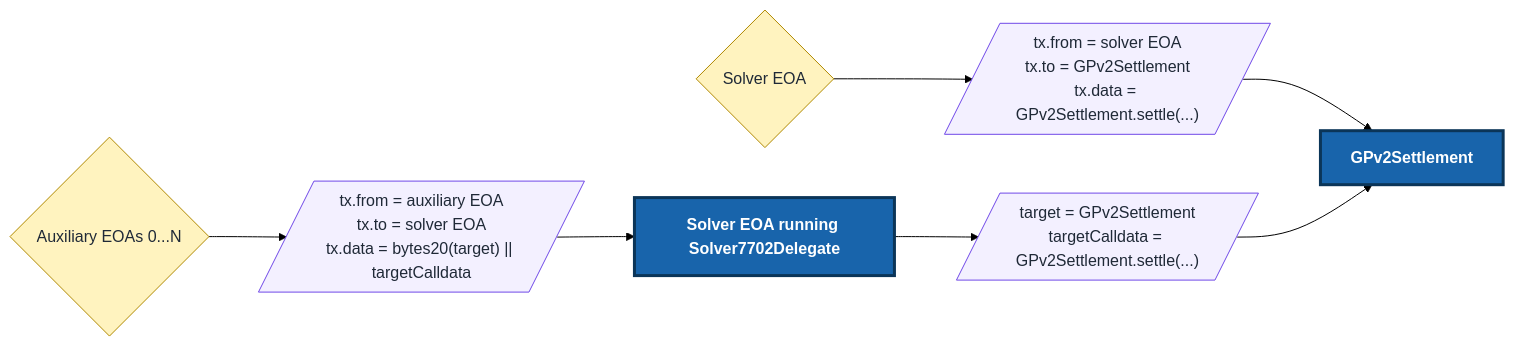
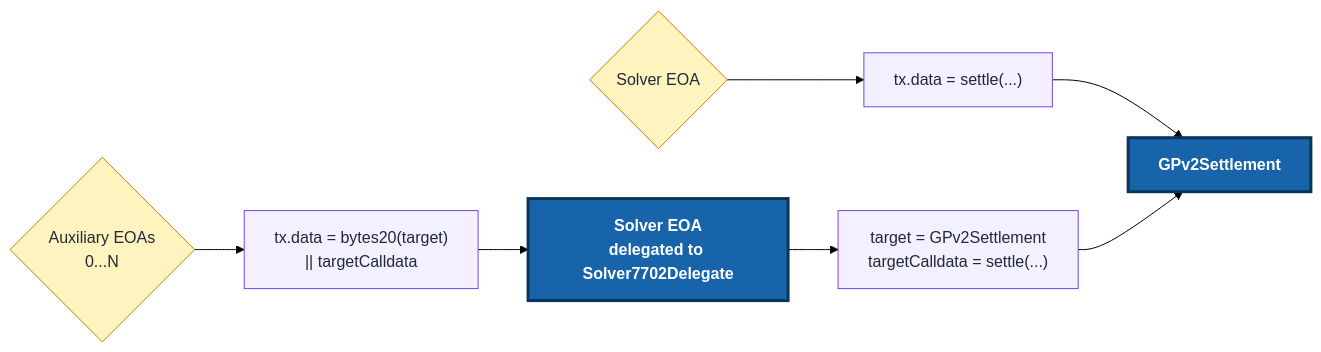
The diagram in README.md (cowprotocol/solver-7702-delegate), drawn with Mermaid (forest theme) before and after one commit. The commit also changed other lines of this file, not shown here.

````diff
--- a/README.md
+++ b/README.md
@@ -13,20 +14,20 @@
 ```mermaid
 flowchart LR
     SolverEOA{"Solver EOA"}
-    DirectTx[/"tx.from = solver EOA<br/>tx.to = GPv2Settlement<br/>tx.data = GPv2Settlement.settle(...)"/]
-    AuxEOAs{"Auxiliary EOAs 0...N"}
-    DelegatedTx[/"tx.from = auxiliary EOA<br/>tx.to = solver EOA<br/>tx.data = bytes20(target) || targetCalldata"/]
-    DelegatedSolver["Solver EOA running Solver7702Delegate"]
-    TargetCall[/"target = GPv2Settlement<br/>targetCalldata = GPv2Settlement.settle(...)"/]
+    DirectTx["tx.data = settle(...)"]
+    AuxEOAs{"Auxiliary EOAs<br/>0...N"}
+    DelegatedTx["tx.data = bytes20(target)<br/>|| targetCalldata"]
+    DelegatedSolver["Solver EOA<br/>delegated to Solver7702Delegate"]
+    TargetCall["target = GPv2Settlement<br/>targetCalldata = settle(...)"]
     Settlement["GPv2Settlement"]
 
     SolverEOA --> DirectTx --> Settlement
     AuxEOAs --> DelegatedTx --> DelegatedSolver --> TargetCall --> Settlement
 
     classDef eoa fill:#fff3bf,stroke:#b08900,color:#1f2937
     classDef tx fill:#f3f0ff,stroke:#7048e8,color:#1f2937
     classDef contract fill:#1864ab,stroke:#0b3558,stroke-width:3px,color:#ffffff,font-weight:bold
     class SolverEOA,AuxEOAs eoa
     class DirectTx,DelegatedTx,TargetCall tx
     class DelegatedSolver,Settlement contract
 ```
````
